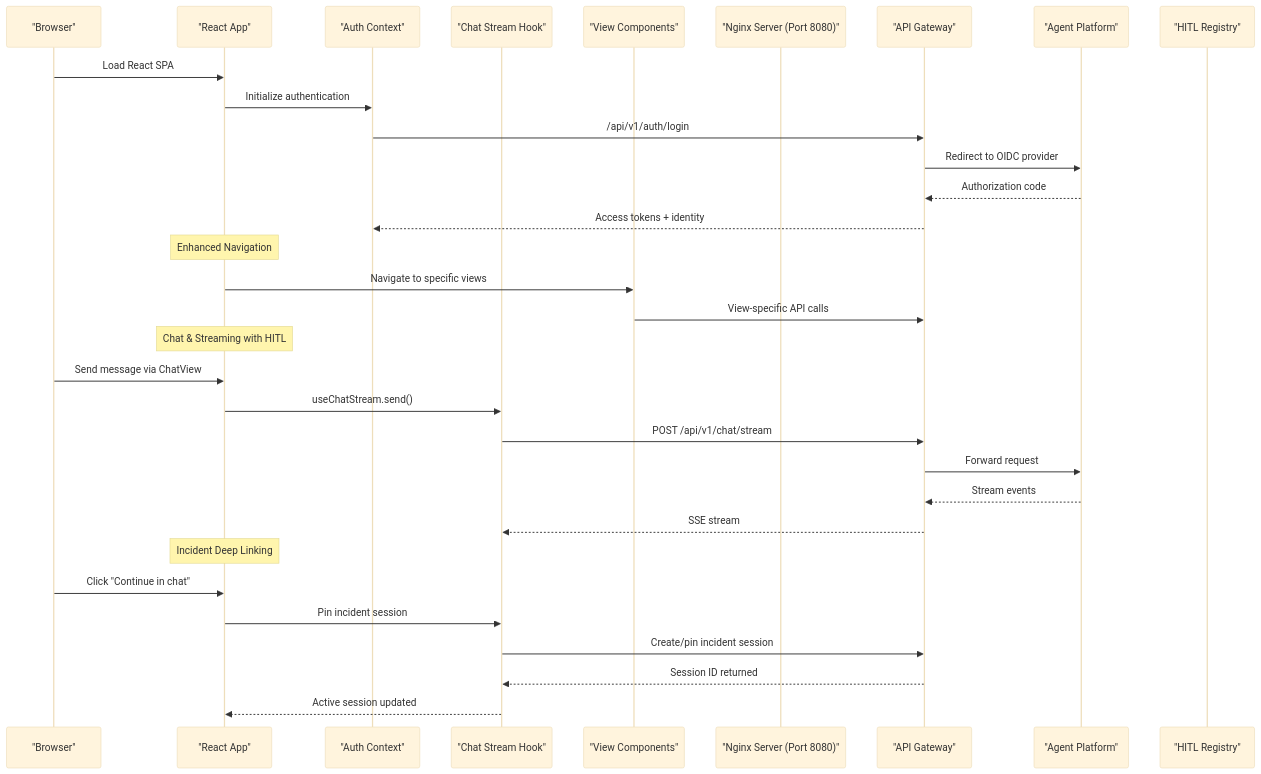
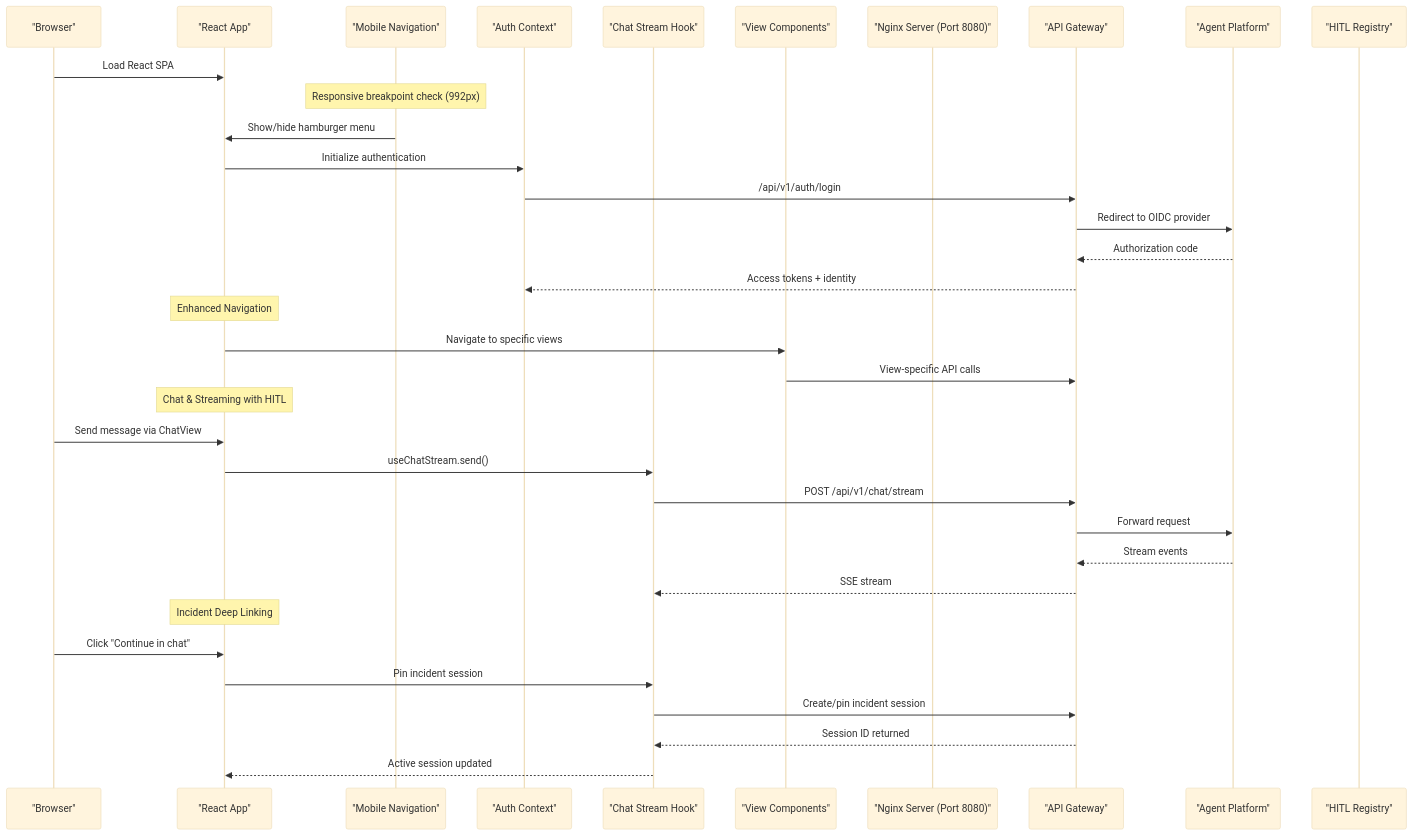
The second of 2 diagrams in .qoder/repowiki/en/content/Operator Portal.md (metasync/luban-aiops), drawn with Mermaid (base theme) before and after one commit. The commit also changed other lines of this file and 7 other files, not shown here.

````diff
--- a/.qoder/repowiki/en/content/Operator Portal.md
+++ b/.qoder/repowiki/en/content/Operator Portal.md
@@ -187,34 +192,37 @@
 ```mermaid
 sequenceDiagram
 participant User as "Browser"
 participant React as "React App"
+participant MobileNav as "Mobile Navigation"
 participant Auth as "Auth Context"
 participant Stream as "Chat Stream Hook"
 participant Views as "View Components"
 participant Nginx as "Nginx Server (Port 8080)"
 participant Gateway as "API Gateway"
 participant Agent as "Agent Platform"
 participant HITL as "HITL Registry"
 User->>React : Load React SPA
+Note over MobileNav : Responsive breakpoint check (992px)
+MobileNav->>React : Show/hide hamburger menu
 React->>Auth : Initialize authentication
 Auth->>Gateway : /api/v1/auth/login
 Gateway->>Agent : Redirect to OIDC provider
 Agent-->>Gateway : Authorization code
 Gateway-->>Auth : Access tokens + identity
 Note over React : Enhanced Navigation
 React->>Views : Navigate to specific views
 Views->>Gateway : View-specific API calls
 Note over React : Chat & Streaming with HITL
 User->>React : Send message via ChatView
 React->>Stream : useChatStream.send()
 Stream->>Gateway : POST /api/v1/chat/stream
 Gateway->>Agent : Forward request
 Agent-->>Gateway : Stream events
 Gateway-->>Stream : SSE stream
 Note over React : Incident Deep Linking
 User->>React : Click "Continue in chat"
 React->>Stream : Pin incident session
 Stream->>Gateway : Create/pin incident session
 Gateway-->>Stream : Session ID returned
 Stream-->>React : Active session updated
 ```
````
